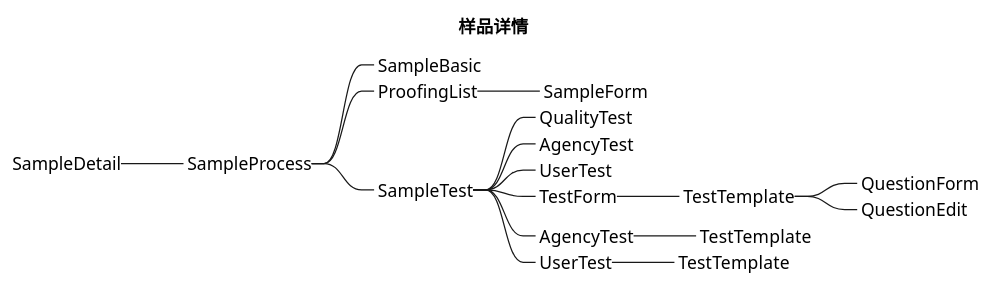
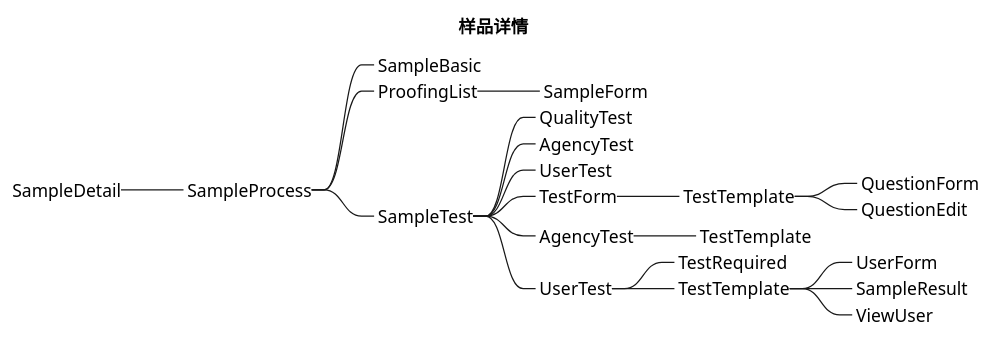
One commit to futurekidult/product changed the second of 2 diagrams in docs/diagram/sample/sample.puml. Above: the diagram before and after it, drawn with PlantUML. The commit also changed 23 other files, not shown here.

```diff
--- a/docs/diagram/sample/sample.puml
+++ b/docs/diagram/sample/sample.puml
@@ -11,21 +11,25 @@
 @startmindmap
 title 样品详情
 
 +_ SampleDetail
 ++_ SampleProcess
 +++_ SampleBasic
 +++_ ProofingList
 ++++_ SampleForm
 +++_ SampleTest
 ++++_ QualityTest
 ++++_ AgencyTest
 ++++_ UserTest
 ++++_ TestForm
 +++++_ TestTemplate
 ++++++_ QuestionForm
 ++++++_ QuestionEdit
 ++++_ AgencyTest
 +++++_ TestTemplate
 ++++_ UserTest
++++++_ TestRequired
 +++++_ TestTemplate
+++++++_ UserForm
+++++++_ SampleResult
+++++++_ ViewUser
 @endmindmap
```
